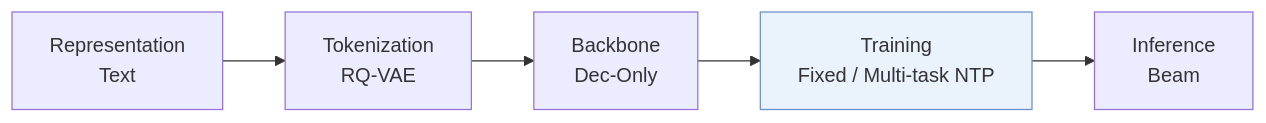
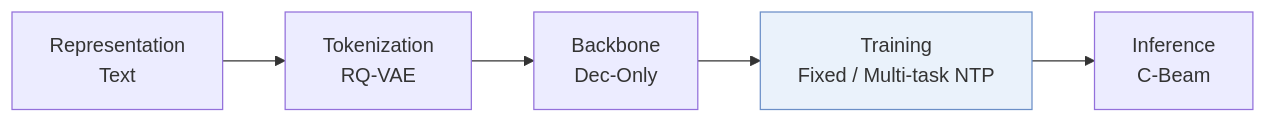
The first of 3 diagrams in pages/papers/lc-rec.md (Galaxy-ghost/Awesome-SID-Generative-Rec), drawn with Mermaid before and after one commit. The commit also changed other lines of this file and 18 other files, not shown here.

````diff
--- a/pages/papers/lc-rec.md
+++ b/pages/papers/lc-rec.md
@@ -11,6 +11,6 @@
 ```mermaid
 flowchart LR
-    R["Representation<br/>Text"] --> T["Tokenization<br/>RQ-VAE"] --> B["Backbone<br/>Dec-Only"] --> TR["Training<br/>Fixed / Multi-task NTP"] --> I["Inference<br/>Beam"]
+    R["Representation<br/>Text"] --> T["Tokenization<br/>RQ-VAE"] --> B["Backbone<br/>Dec-Only"] --> TR["Training<br/>Fixed / Multi-task NTP"] --> I["Inference<br/>C-Beam"]
     classDef main fill:#eaf2fb,stroke:#6b8fc7
     class TR main
 ```
````
